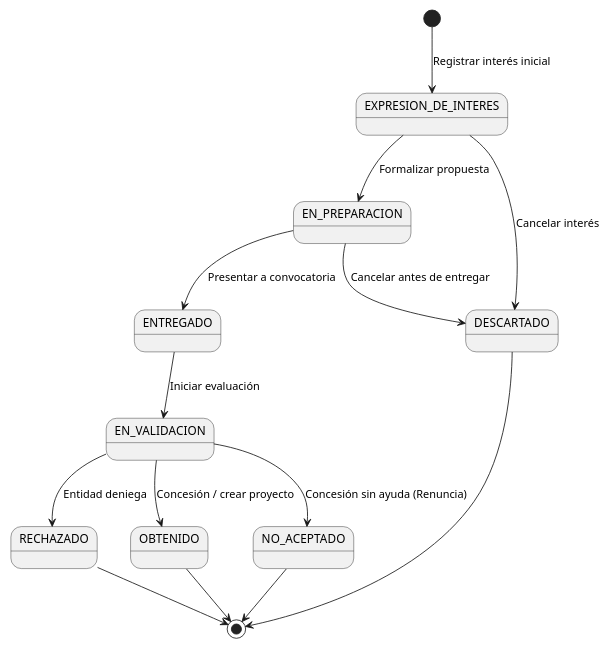
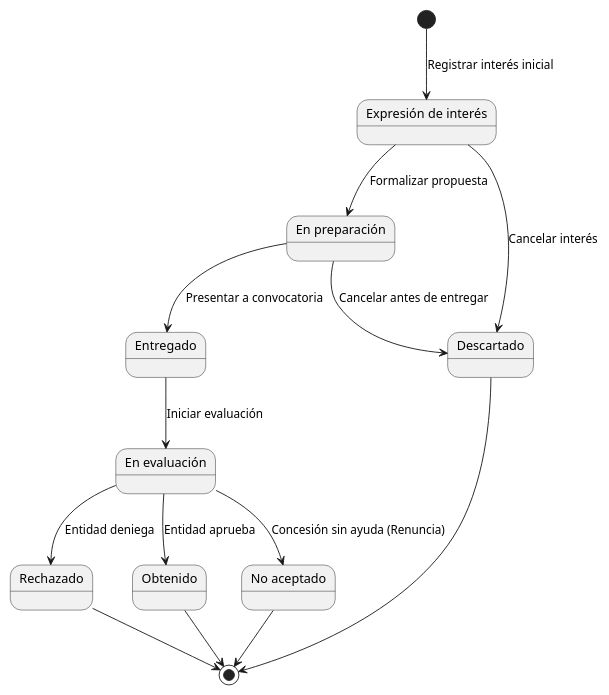
One commit to Angelo2272/26-27-IdSw1-SDR changed the diagram in modelosUML/00-modelo-del-dominio/diagrama-de-estados-propuesta.puml. Above: the diagram before and after it, drawn with PlantUML. The commit also changed 3 other files, not shown here.

Commit message:
feat/estandarizar nomenclatura en los diagramas de estados

```diff
--- a/modelosUML/00-modelo-del-dominio/diagrama-de-estados-propuesta.puml
+++ b/modelosUML/00-modelo-del-dominio/diagrama-de-estados-propuesta.puml
@@ -1,31 +1,31 @@
 @startuml
 scale 600 width
 
-[*] --> EXPRESION_DE_INTERES : Registrar interés inicial
+[*] --> ExpresionDeInteres : Registrar interés inicial
 
-state EXPRESION_DE_INTERES
-state EN_PREPARACION
-state ENTREGADO
-state EN_VALIDACION
-state DESCARTADO
-state RECHAZADO
-state OBTENIDO
-state NO_ACEPTADO
+state "Expresión de interés" as ExpresionDeInteres
+state "En preparación" as EnPreparacion
+state "Entregado" as Entregado
+state "En evaluación" as EnEvaluacion
+state "Descartado" as Descartado
+state "Rechazado" as Rechazado
+state "Obtenido" as Obtenido
+state "No aceptado" as NoAceptado
 
-EXPRESION_DE_INTERES --> EN_PREPARACION : Formalizar propuesta
-EXPRESION_DE_INTERES --> DESCARTADO : Cancelar interés
-EN_PREPARACION --> ENTREGADO : Presentar a convocatoria
-ENTREGADO --> EN_VALIDACION : Iniciar evaluación
+ExpresionDeInteres --> EnPreparacion : Formalizar propuesta
+ExpresionDeInteres --> Descartado : Cancelar interés
+EnPreparacion --> Entregado : Presentar a convocatoria
+Entregado --> EnEvaluacion : Iniciar evaluación
 
-EN_VALIDACION --> OBTENIDO : Concesión / crear proyecto
-EN_VALIDACION --> RECHAZADO : Entidad deniega
+EnEvaluacion --> Obtenido : Entidad aprueba
+EnEvaluacion --> Rechazado : Entidad deniega
 
-EN_PREPARACION --> DESCARTADO : Cancelar antes de entregar
-EN_VALIDACION --> NO_ACEPTADO : Concesión sin ayuda (Renuncia)
+EnPreparacion --> Descartado : Cancelar antes de entregar
+EnEvaluacion --> NoAceptado : Concesión sin ayuda (Renuncia)
 
-OBTENIDO --> [*]
-RECHAZADO --> [*]
-DESCARTADO --> [*]
-NO_ACEPTADO --> [*]
+Obtenido --> [*]
+Rechazado --> [*]
+Descartado --> [*]
+NoAceptado --> [*]
 
 @enduml
```
